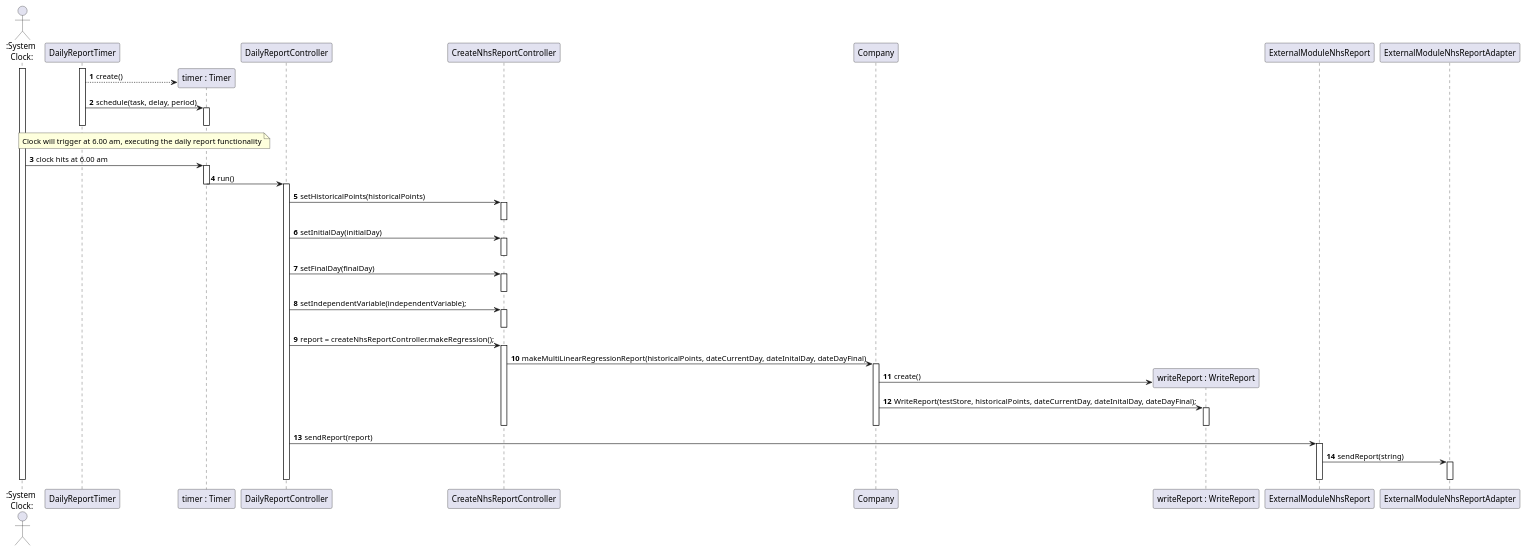
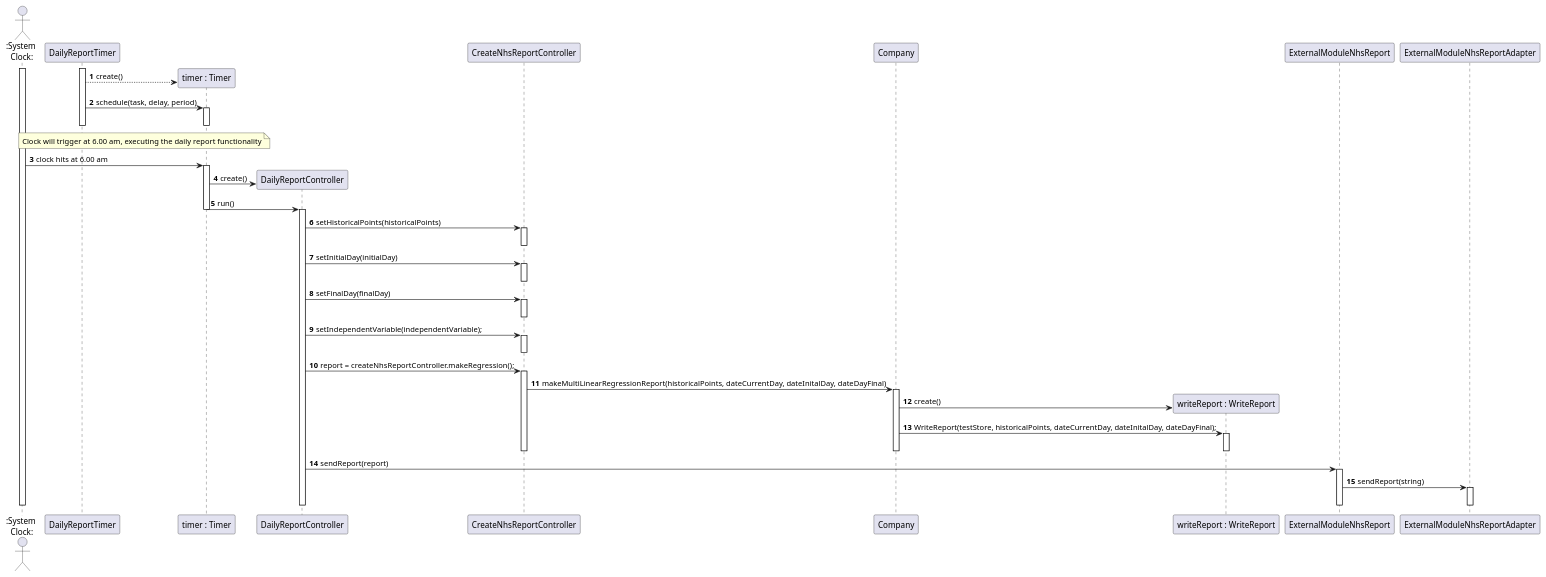
The diagram in docs/SprintD/US19/US19_SD.puml (MadDinosaur/ISEP-LAPR2), drawn with PlantUML before and after one commit. The commit also changed 2 other files, not shown here.

```diff
--- a/docs/SprintD/US19/US19_SD.puml
+++ b/docs/SprintD/US19/US19_SD.puml
@@ -1,67 +1,69 @@
 @startuml
 
 autonumber
 
 actor ":System\n Clock:" as Clock
 participant DailyReportTimer as drtimer
 participant "timer : Timer" as timer
 participant DailyReportController as controller
 participant CreateNhsReportController as controller1
 participant Company as company
 participant "writeReport : WriteReport" as writereport
 participant ExternalModuleNhsReport as interface
 participant ExternalModuleNhsReportAdapter as adapter
 
 activate Clock
 activate drtimer
 create timer
 drtimer --> timer : create()
 drtimer -> timer : schedule(task, delay, period)
 activate timer
 deactivate timer
 deactivate drtimer
 
 note over drtimer, timer : Clock will trigger at 6.00 am, executing the daily report functionality
 
 Clock -> timer : clock hits at 6.00 am
 activate timer
+create controller
+timer -> controller : create()
 timer -> controller : run()
 deactivate timer
 activate controller
 
 controller -> controller1 : setHistoricalPoints(historicalPoints)
 activate controller1
 deactivate controller1
 controller -> controller1 : setInitialDay(initialDay)
 activate controller1
 deactivate controller1
 controller -> controller1 : setFinalDay(finalDay)
 activate controller1
 deactivate controller1
 controller -> controller1 : setIndependentVariable(independentVariable);
 activate controller1
 deactivate controller1
 controller -> controller1 : report = createNhsReportController.makeRegression();
 activate controller1
 controller1 -> company : makeMultiLinearRegressionReport(historicalPoints, dateCurrentDay, dateInitalDay, dateDayFinal)
 activate company
 create writereport
 company -> writereport : create()
 company -> writereport : WriteReport(testStore, historicalPoints, dateCurrentDay, dateInitalDay, dateDayFinal);
 activate writereport
 deactivate writereport
 deactivate company
 deactivate controller1
 
 
 controller -> interface : sendReport(report)
 activate interface
 interface -> adapter : sendReport(string)
 activate adapter
 deactivate interface
 deactivate adapter
 deactivate controller
 
 deactivate Clock
 
 @enduml
```
